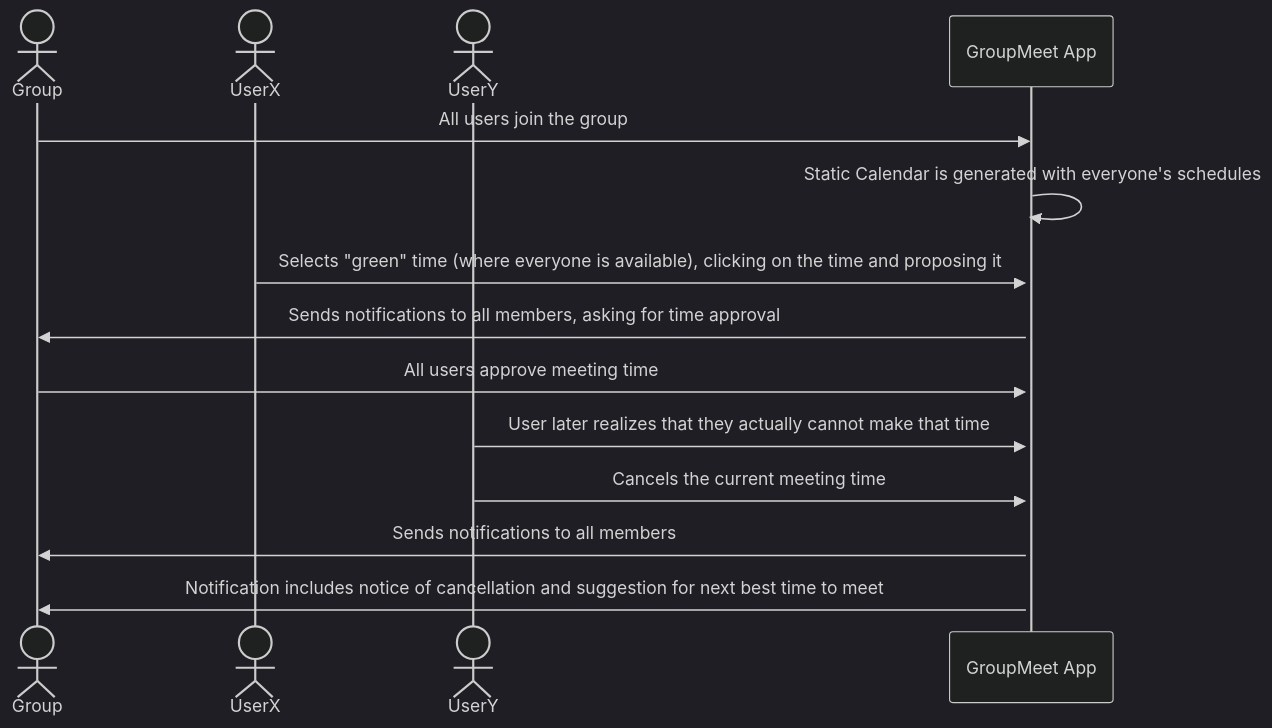
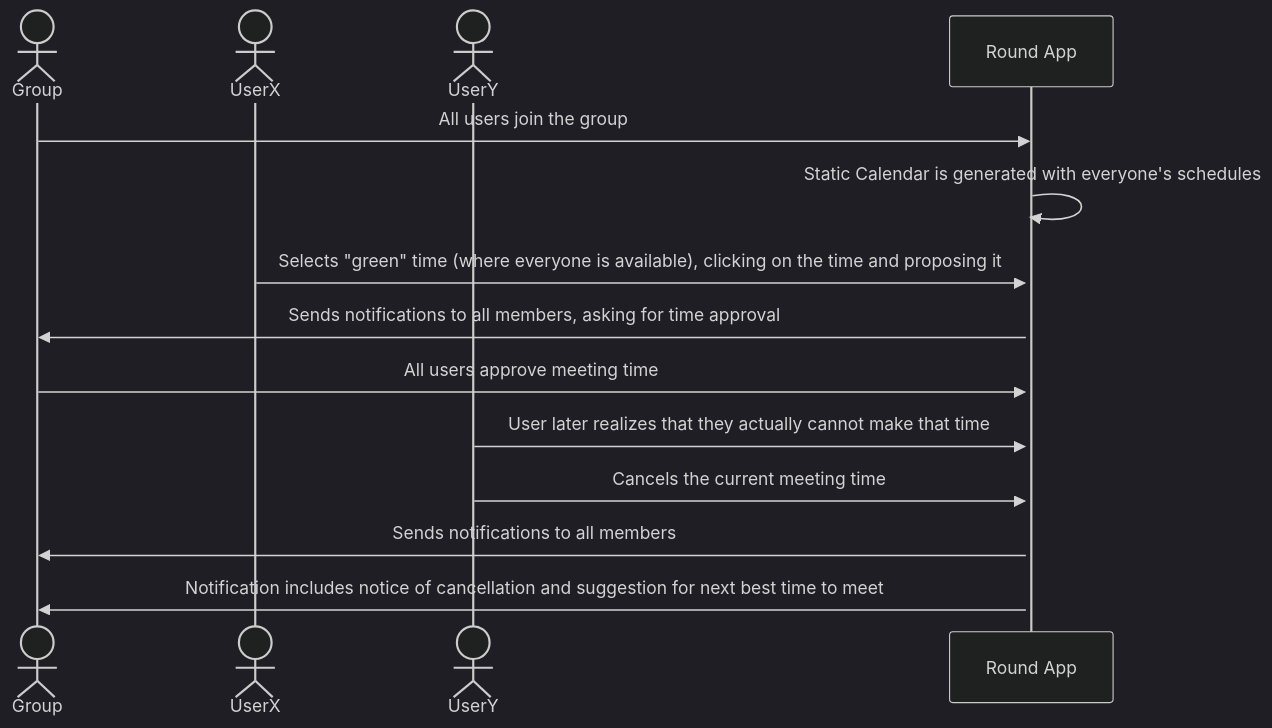
The ninth of 12 diagrams in documentation/docs/system-architecture/design.md (Capstone-Projects-2023-Spring/project-groupmeet), drawn with Mermaid (dark theme) before and after one commit. The commit also changed other lines of this file and 12 other files, not shown here.

````diff
--- a/documentation/docs/system-architecture/design.md
+++ b/documentation/docs/system-architecture/design.md
@@ -314,18 +316,18 @@
 ```mermaid
 sequenceDiagram
     actor Group
     actor UserX
     actor UserY
-    participant GroupMeet App
+    participant Round App
 
-    Group->>GroupMeet App: All users join the group
-    GroupMeet App->>+ GroupMeet App: Static Calendar is generated with everyone's schedules
-    UserX->>GroupMeet App: Selects "green" time (where everyone is available), clicking on the time and proposing it
-    GroupMeet App->>Group: Sends notifications to all members, asking for time approval
-    Group->>GroupMeet App: All users approve meeting time
-    UserY->>GroupMeet App: User later realizes that they actually cannot make that time
-    UserY->>GroupMeet App: Cancels the current meeting time
-    GroupMeet App->>Group: Sends notifications to all members
-    GroupMeet App->>Group: Notification includes notice of cancellation and suggestion for next best time to meet
+    Group->>Round App: All users join the group
+    Round App->>+ Round App: Static Calendar is generated with everyone's schedules
+    UserX->>Round App: Selects "green" time (where everyone is available), clicking on the time and proposing it
+    Round App->>Group: Sends notifications to all members, asking for time approval
+    Group->>Round App: All users approve meeting time
+    UserY->>Round App: User later realizes that they actually cannot make that time
+    UserY->>Round App: Cancels the current meeting time
+    Round App->>Group: Sends notifications to all members
+    Round App->>Group: Notification includes notice of cancellation and suggestion for next best time to meet
 
 ```
````
